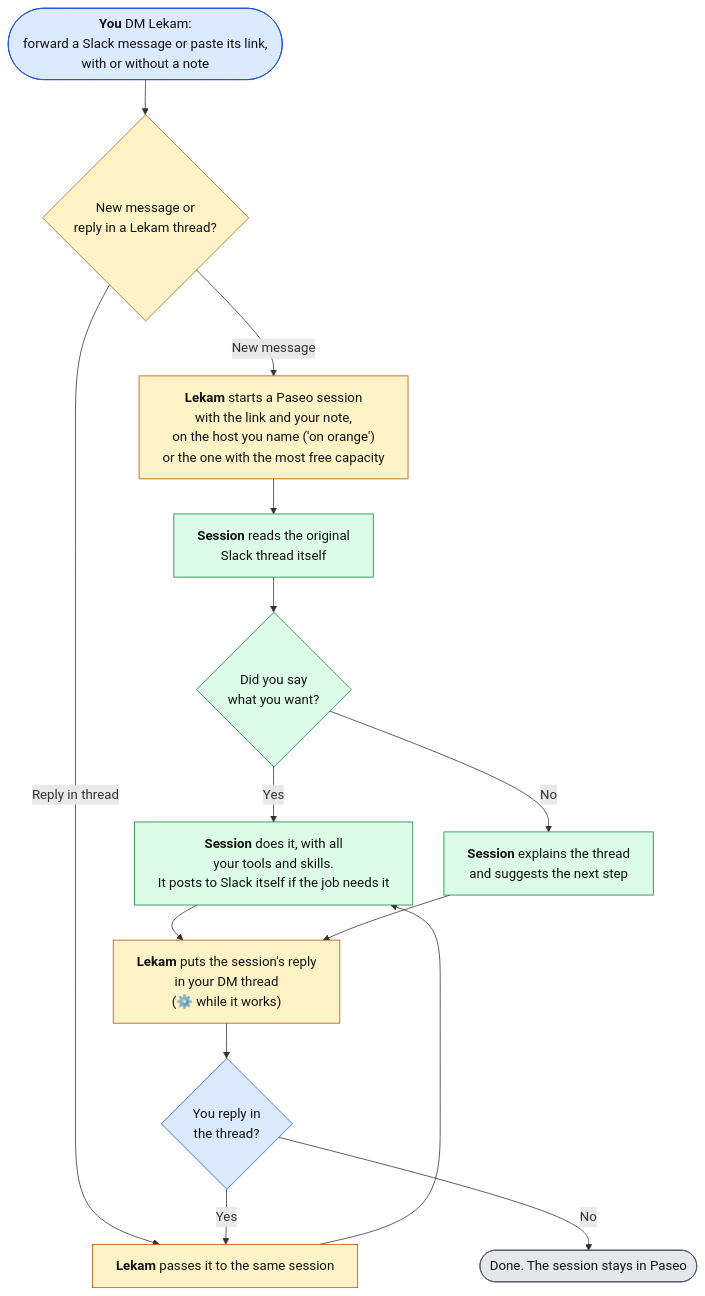
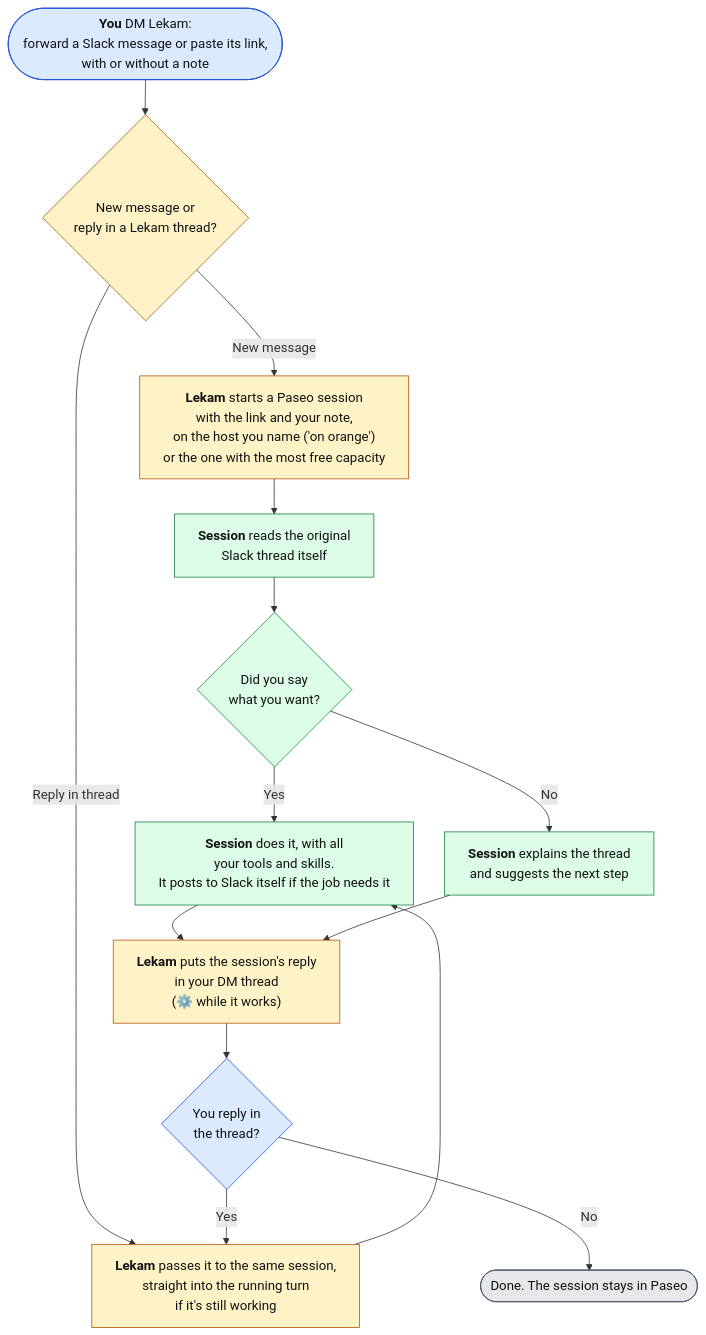
The diagram in docs/flow.mmd (farajfarook/lekam), drawn with Mermaid before and after one commit. The commit also changed 4 other files, not shown here.

Commit message:
Replies while a turn runs steer it (sent straight in, one answer for both); late steers are waited for; follow-ups never interrupt

```diff
--- a/docs/flow.mmd
+++ b/docs/flow.mmd
@@ -1,27 +1,27 @@
 %%{init: {"flowchart": {"wrappingWidth": 320, "nodeSpacing": 40, "rankSpacing": 45}, "themeVariables": {"fontSize": "17px"}}}%%
 flowchart TD
     A(["<b>You</b> DM Lekam:<br/>forward a Slack message or paste its link,<br/>with or without a note"]) --> C{"New message or<br/>reply in a Lekam thread?"}
 
     C -- "New message" --> D["<b>Lekam</b> starts a Paseo session<br/>with the link and your note,<br/>on the host you name ('on orange')<br/>or the one with the most free capacity"]
     D --> E["<b>Session</b> reads the original<br/>Slack thread itself"]
     E --> F{"Did you say<br/>what you want?"}
     F -- "Yes" --> G["<b>Session</b> does it, with all<br/>your tools and skills.<br/>It posts to Slack itself if the job needs it"]
     F -- "No" --> H["<b>Session</b> explains the thread<br/>and suggests the next step"]
 
-    C -- "Reply in thread" --> R["<b>Lekam</b> passes it to the same session"]
+    C -- "Reply in thread" --> R["<b>Lekam</b> passes it to the same session,<br/>straight into the running turn<br/>if it's still working"]
     R --> G
 
     G --> K["<b>Lekam</b> puts the session's reply<br/>in your DM thread<br/>(⚙️ while it works)"]
     H --> K
     K --> M{"You reply in<br/>the thread?"}
     M -- "Yes" --> R
     M -- "No" --> Z(["Done. The session stays in Paseo"])
 
     classDef you fill:#dbeafe,stroke:#1d4ed8,color:#111;
     classDef lekam fill:#fef3c7,stroke:#b45309,color:#111;
     classDef session fill:#dcfce7,stroke:#15803d,color:#111;
     classDef done fill:#e5e7eb,stroke:#4b5563,color:#111;
     class A,M you;
     class C,D,R,K lekam;
     class E,F,G,H session;
     class Z done;
```
